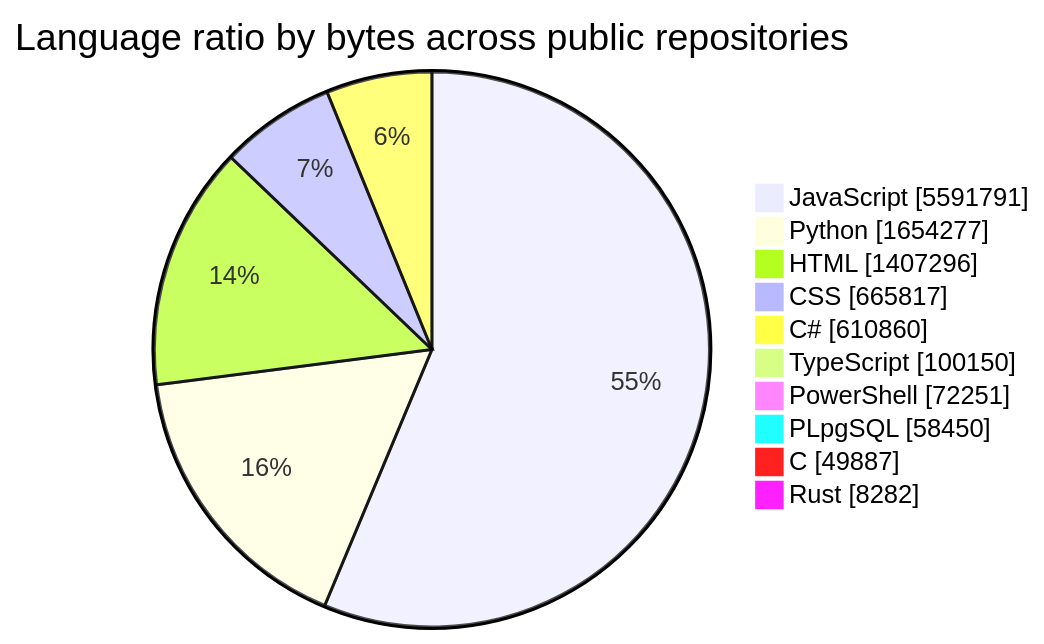
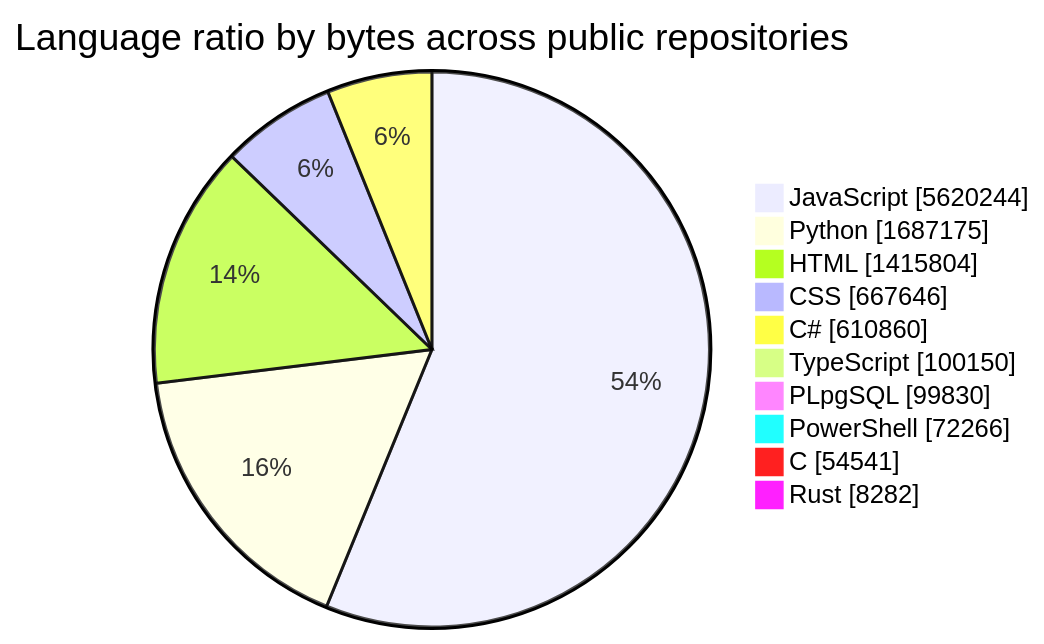
One commit to tchinso/tchinso changed the first of 2 diagrams in README.md. Above: the diagram before and after it, drawn with Mermaid. The commit also changed other lines of this file, not shown here.

````diff
--- a/README.md
+++ b/README.md
@@ -27,14 +27,14 @@
 ```mermaid
 pie showData
     title Language ratio by bytes across public repositories
-    "JavaScript" : 5591791
-    "Python" : 1654277
-    "HTML" : 1407296
-    "CSS" : 665817
+    "JavaScript" : 5620244
+    "Python" : 1687175
+    "HTML" : 1415804
+    "CSS" : 667646
     "C#" : 610860
     "TypeScript" : 100150
-    "PowerShell" : 72251
-    "PLpgSQL" : 58450
-    "C" : 49887
+    "PLpgSQL" : 99830
+    "PowerShell" : 72266
+    "C" : 54541
     "Rust" : 8282
 ```
````
